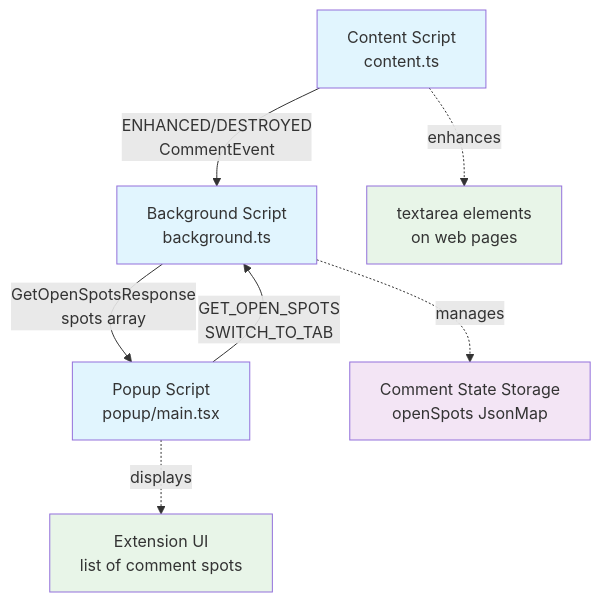
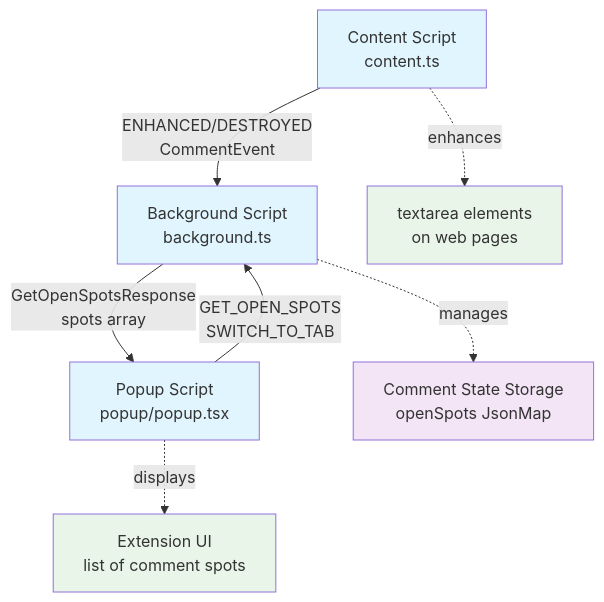
One commit to diffplug/gitcasso changed the diagram in browser-extension/README.md. Above: the diagram before and after it, drawn with Mermaid. The commit also changed other lines of this file, not shown here.

````diff
--- a/browser-extension/README.md
+++ b/browser-extension/README.md
@@ -49,22 +49,22 @@
 ```mermaid
 graph TD
     Content[Content Script<br/>content.ts] 
     Background[Background Script<br/>background.ts]
-    Popup[Popup Script<br/>popup/main.tsx]
+    Popup[Popup Script<br/>popup/popup.tsx]
     
     Content -->|ENHANCED/DESTROYED<br/>CommentEvent| Background
     Popup -->|GET_OPEN_SPOTS<br/>SWITCH_TO_TAB| Background
     Background -->|GetOpenSpotsResponse<br/>spots array| Popup
     
     Background -.->|manages| Storage[Comment State Storage<br/>openSpots JsonMap]
     Content -.->|enhances| TextArea[textarea elements<br/>on web pages]
     Popup -.->|displays| UI[Extension UI<br/>list of comment spots]
     
     classDef entrypoint fill:#e1f5fe
     classDef storage fill:#f3e5f5
     classDef ui fill:#e8f5e8
     
     class Content,Background,Popup entrypoint
     class Storage storage
     class TextArea,UI ui
 ```
````
